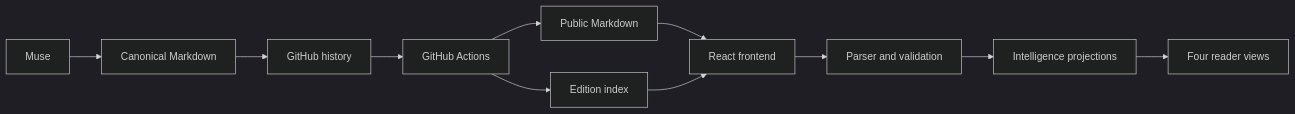
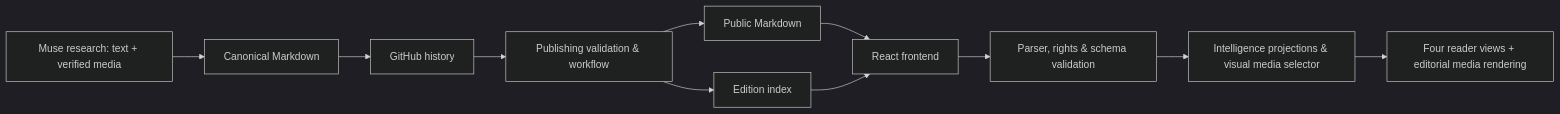
The diagram in docs/ARCHITECTURE.md (rockybuildingaiweb3-boop/world-signal), drawn with Mermaid (dark theme) before and after one commit. The commit also changed other lines of this file and 26 other files, not shown here.

First line of the commit message:
docs: integrate media asset policy and schema

```diff
--- a/docs/ARCHITECTURE.md
+++ b/docs/ARCHITECTURE.md
@@ -17,13 +17,13 @@
 ~~~mermaid
 flowchart LR
-  M[Muse] --> C[Canonical Markdown]
+  M[Muse research: text + verified media] --> C[Canonical Markdown]
   C --> G[GitHub history]
-  G --> W[GitHub Actions]
+  G --> W[Publishing validation & workflow]
   W --> P[Public Markdown]
   W --> I[Edition index]
   P --> F[React frontend]
   I --> F
-  F --> V[Parser and validation]
-  V --> X[Intelligence projections]
-  X --> U[Four reader views]
+  F --> V[Parser, rights & schema validation]
+  V --> X[Intelligence projections & visual media selector]
+  X --> U[Four reader views + editorial media rendering]
 ~~~
```
